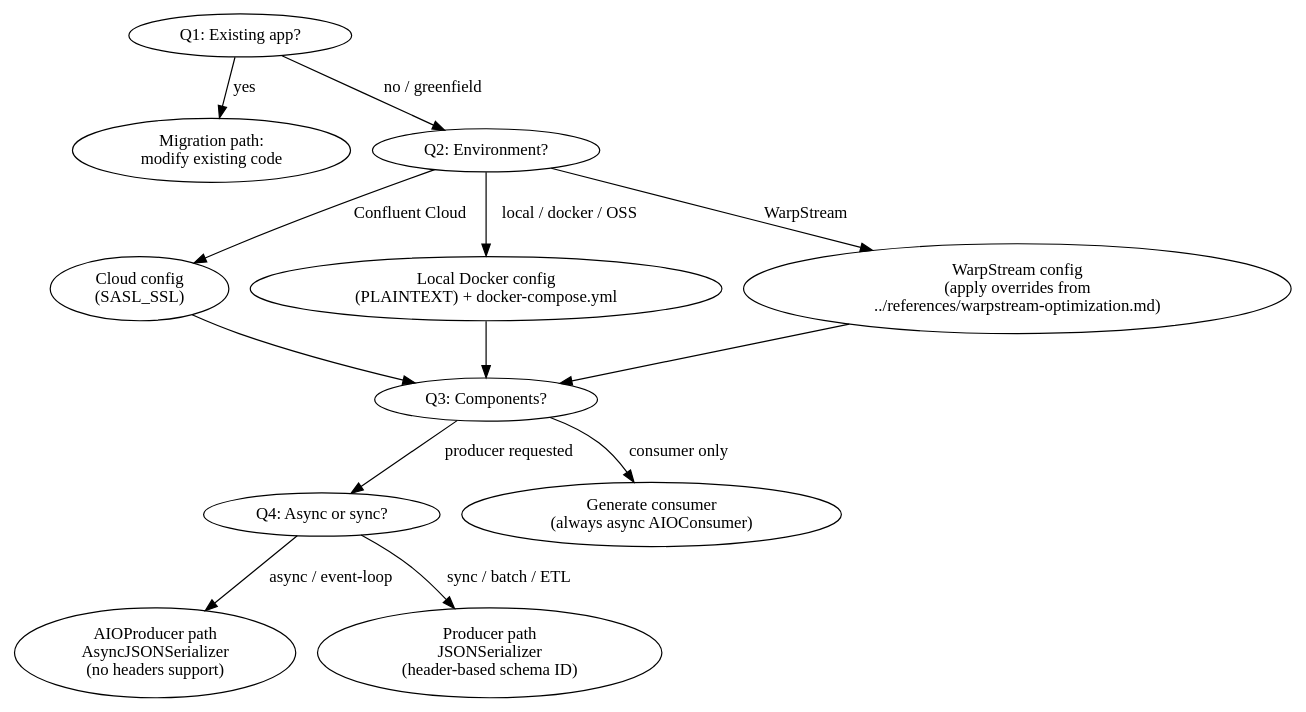
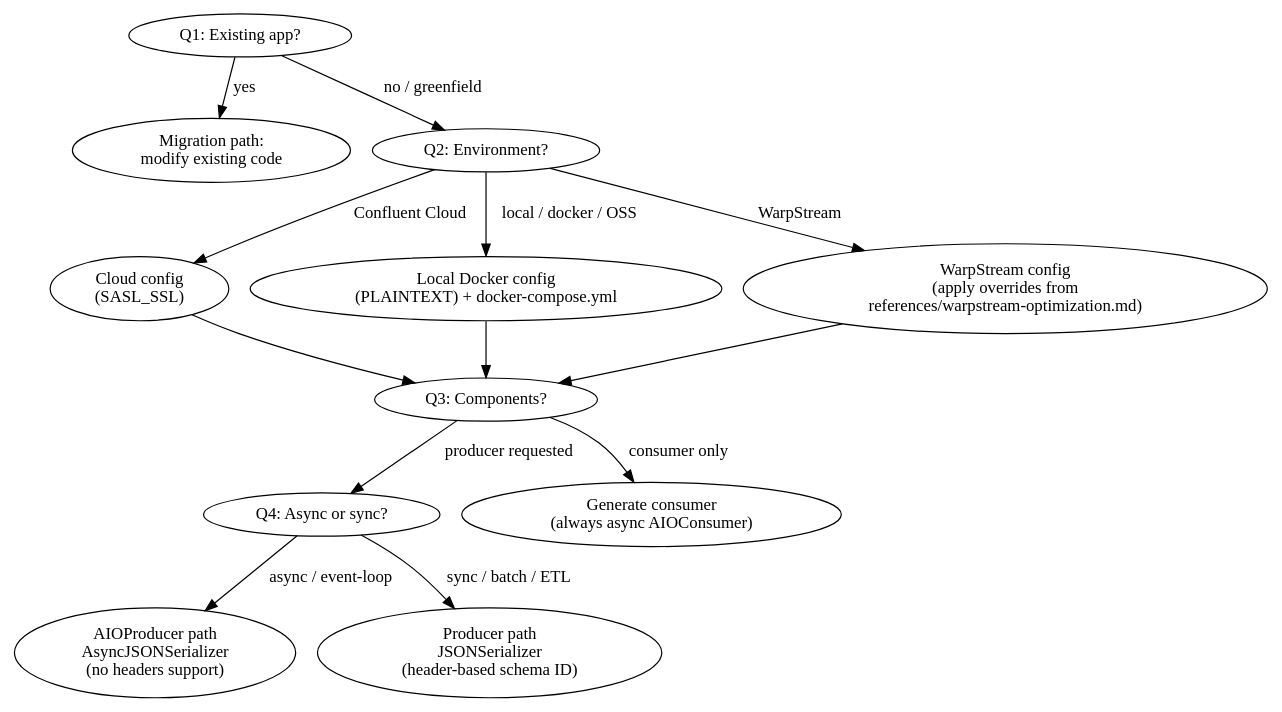
Before and after one commit to confluentinc/agent-skills: the diagram in skills/developing-kafka-python-client/SKILL.md, drawn with Graphviz. The commit also changed other lines of this file and 4 other files, not shown here.

Commit message:
restructure to be compliant with the agentskills spec. Copy warpstream-optimizations.md into each Skill's references directory, rather than using a top-level directory with links in each skill.md

````diff
--- a/skills/developing-kafka-python-client/SKILL.md
+++ b/skills/developing-kafka-python-client/SKILL.md
@@ -86,16 +86,16 @@
 ```dot
 digraph decisions {
   "Q1: Existing app?" -> "Migration path:\nmodify existing code" [label="yes"];
   "Q1: Existing app?" -> "Q2: Environment?" [label="no / greenfield"];
   "Q2: Environment?" -> "Cloud config\n(SASL_SSL)" [label="Confluent Cloud"];
   "Q2: Environment?" -> "Local Docker config\n(PLAINTEXT) + docker-compose.yml" [label="local / docker / OSS"];
-  "Q2: Environment?" -> "WarpStream config\n(apply overrides from\n../references/warpstream-optimization.md)" [label="WarpStream"];
+  "Q2: Environment?" -> "WarpStream config\n(apply overrides from\nreferences/warpstream-optimization.md)" [label="WarpStream"];
   "Cloud config\n(SASL_SSL)" -> "Q3: Components?";
   "Local Docker config\n(PLAINTEXT) + docker-compose.yml" -> "Q3: Components?";
-  "WarpStream config\n(apply overrides from\n../references/warpstream-optimization.md)" -> "Q3: Components?";
+  "WarpStream config\n(apply overrides from\nreferences/warpstream-optimization.md)" -> "Q3: Components?";
   "Q3: Components?" -> "Q4: Async or sync?" [label="producer requested"];
   "Q3: Components?" -> "Generate consumer\n(always async AIOConsumer)" [label="consumer only"];
   "Q4: Async or sync?" -> "AIOProducer path\nAsyncJSONSerializer\n(no headers support)" [label="async / event-loop"];
   "Q4: Async or sync?" -> "Producer path\nJSONSerializer\n(header-based schema ID)" [label="sync / batch / ETL"];
 }
 ```
````
